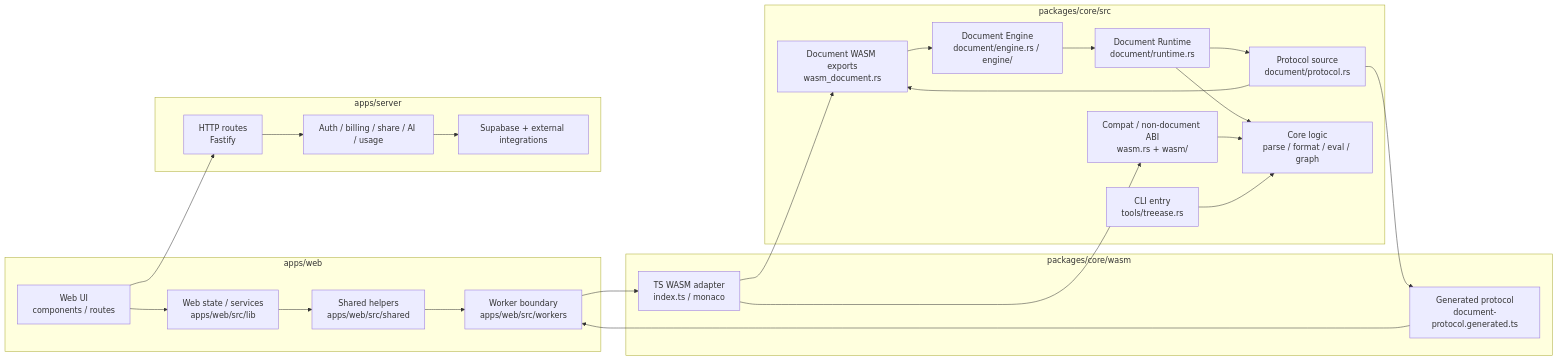
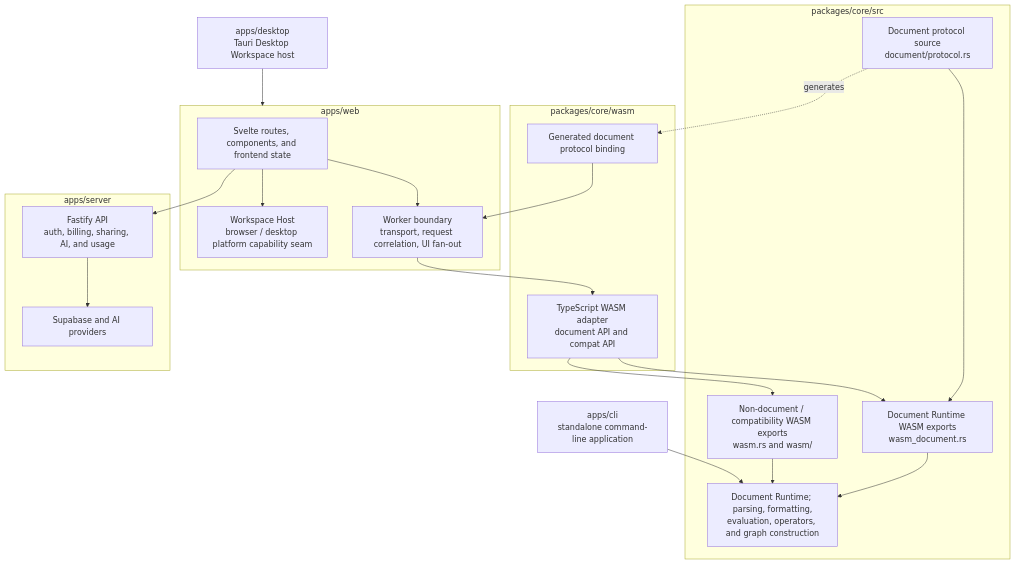
One commit to loggerhead/treease changed the diagram in ARCHITECTURE.md. Above: the diagram before and after it, drawn with Mermaid. The commit also changed other lines of this file and 120 other files, not shown here.

````diff
--- a/ARCHITECTURE.md
+++ b/ARCHITECTURE.md
@@ -24,43 +16,43 @@
 ```mermaid
-flowchart LR
+flowchart TB
+  Desktop["apps/desktop\nTauri Desktop Workspace host"] --> Web
+
   subgraph Web["apps/web"]
-    WebUI["Web UI\ncomponents / routes"]
-    WebState["Web state / services\napps/web/src/lib"]
-    Shared["Shared helpers\napps/web/src/shared"]
-    Worker["Worker boundary\napps/web/src/workers"]
+    WebUI["Svelte routes, components, and frontend state"]
+    WorkspaceHost["Workspace Host\nbrowser / desktop platform capability seam"]
+    Worker["Worker boundary\ntransport, request correlation, UI fan-out"]
+    WebUI --> WorkspaceHost
+    WebUI --> Worker
+  end
+
+  subgraph Wasm["packages/core/wasm"]
+    WasmAdapter["TypeScript WASM adapter\ndocument API and compat API"]
+    GeneratedProtocol["Generated document protocol binding"]
+  end
+
+  subgraph Core["packages/core/src"]
+    DocumentWasm["Document Runtime WASM exports\nwasm_document.rs"]
+    CompatWasm["Non-document / compatibility WASM exports\nwasm.rs and wasm/"]
+    DocumentProtocol["Document protocol source\ndocument/protocol.rs"]
+    CoreCapabilities["Document Runtime; parsing, formatting,\nevaluation, operators, and graph construction"]
+    DocumentWasm --> CoreCapabilities
+    CompatWasm --> CoreCapabilities
+    DocumentProtocol --> DocumentWasm
   end
 
   subgraph Server["apps/server"]
-    Http["HTTP routes\nFastify"]
-    ServerServices["Auth / billing / share / AI / usage"]
-    ServerRepos["Supabase + external integrations"]
+    ServerApi["Fastify API\nauth, billing, sharing, AI, and usage"]
+    ExternalServices["Supabase and AI providers"]
+    ServerApi --> ExternalServices
   end
 
-  subgraph Wasm["packages/core/wasm"]
-    WasmTS["TS WASM adapter\nindex.ts / monaco"]
-    Generated["Generated protocol\ndocument-protocol.generated.ts"]
-  end
+  CLI["apps/cli\nstandalone command-line application"]
 
-  subgraph Core["packages/core/src"]
-    WasmDoc["Document WASM exports\nwasm_document.rs"]
-    WasmCompat["Compat / non-document ABI\nwasm.rs + wasm/"]
-    Protocol["Protocol source\ndocument/protocol.rs"]
-    DocEngine["Document Engine\ndocument/engine.rs / engine/"]
-    DocRuntime["Document Runtime\ndocument/runtime.rs"]
-    CoreLogic["Core logic\nparse / format / eval / graph"]
-    CLI["CLI entry\ntools/treease.rs"]
-  end
-
-  WebUI --> WebState
-  WebState --> Shared
-  Shared --> Worker
-  WebUI --> Http
-  Http --> ServerServices --> ServerRepos
-  Worker --> WasmTS --> WasmDoc --> DocEngine --> DocRuntime --> CoreLogic
-  WasmTS --> WasmCompat --> CoreLogic
-  CLI --> CoreLogic
-
-  Protocol --> Generated --> Worker
-  Protocol --> WasmDoc
-  DocRuntime --> Protocol
+  Worker --> WasmAdapter
+  GeneratedProtocol --> Worker
+  WasmAdapter --> DocumentWasm
+  WasmAdapter --> CompatWasm
+  DocumentProtocol -. generates .-> GeneratedProtocol
+  WebUI --> ServerApi
+  CLI --> CoreCapabilities
 ```
````
